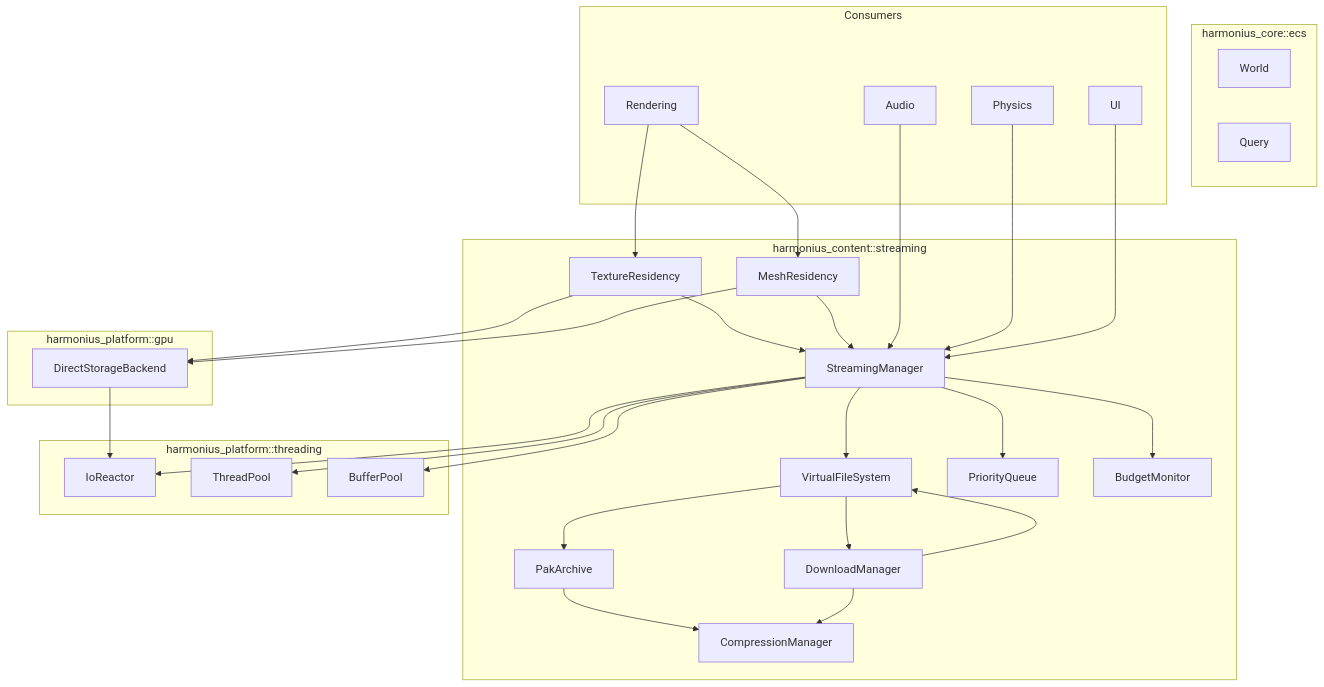
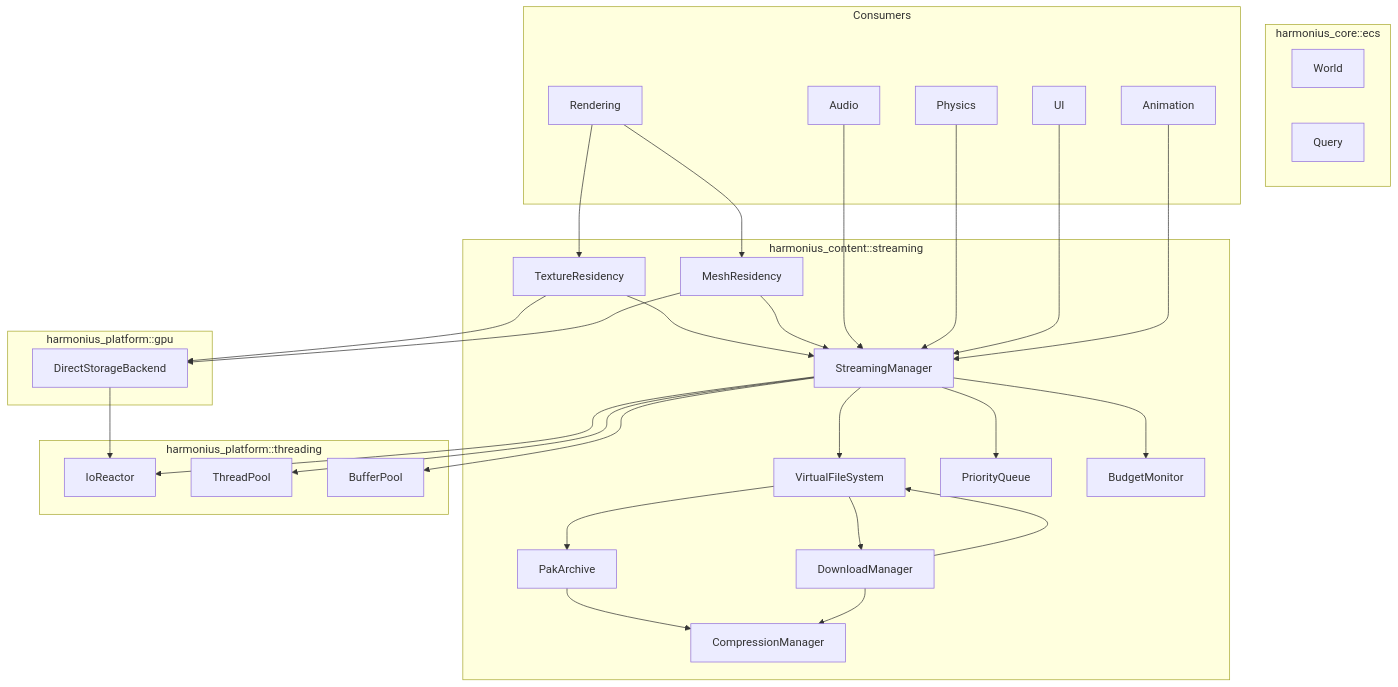
Before and after one commit to harmonius-dev/harmonius: the first of 8 diagrams in docs/design/content-pipeline/streaming.md, drawn with Mermaid. The commit also changed other lines of this file and 77 other files, not shown here.

````diff
--- a/docs/design/content-pipeline/streaming.md
+++ b/docs/design/content-pipeline/streaming.md
@@ -96,60 +96,62 @@
 ```mermaid
 graph TD
     subgraph "harmonius_content::streaming"
         VFS[VirtualFileSystem]
         SM[StreamingManager]
         PQ[PriorityQueue]
         TR[TextureResidency]
         MR[MeshResidency]
         BM[BudgetMonitor]
         PA[PakArchive]
         CM[CompressionManager]
         DL[DownloadManager]
     end
 
     subgraph "harmonius_platform::threading"
         RE[IoReactor]
         TP[ThreadPool]
         BP[BufferPool]
     end
 
     subgraph "harmonius_platform::gpu"
         DS[DirectStorageBackend]
     end
 
     subgraph "harmonius_core::ecs"
         W[World]
         Q[Query]
     end
 
     subgraph "Consumers"
         REN[Rendering]
         AUD[Audio]
         PHY[Physics]
         UI[UI]
+        ANI[Animation]
     end
 
     VFS --> PA
     VFS --> DL
     SM --> VFS
     SM --> PQ
     SM --> BM
     SM --> RE
     TR --> SM
     MR --> SM
     TR --> DS
     MR --> DS
     PA --> CM
     DL --> CM
     DL --> VFS
 
     REN --> TR
     REN --> MR
     AUD --> SM
     PHY --> SM
     UI --> SM
+    ANI --> SM
 
     SM --> TP
     SM --> BP
     DS --> RE
 ```
````
